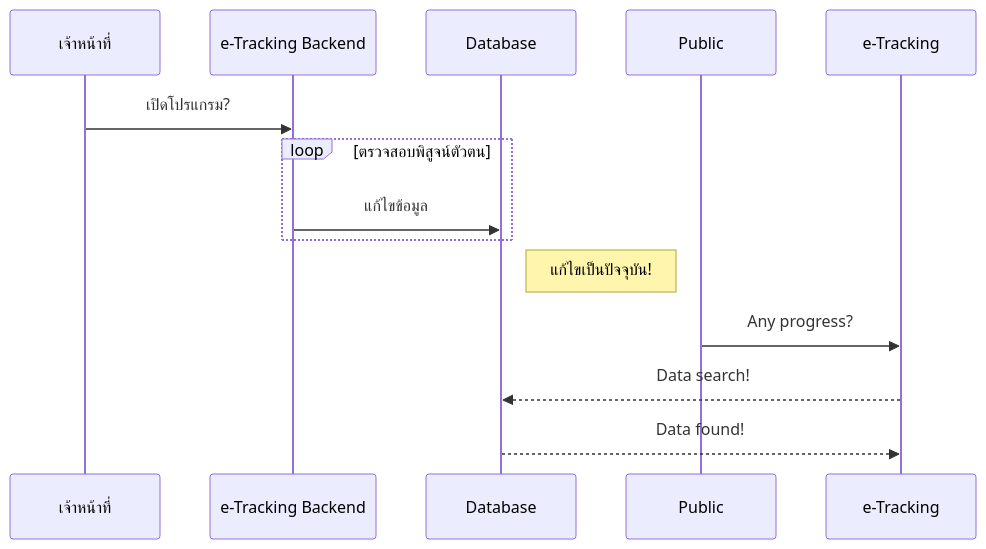
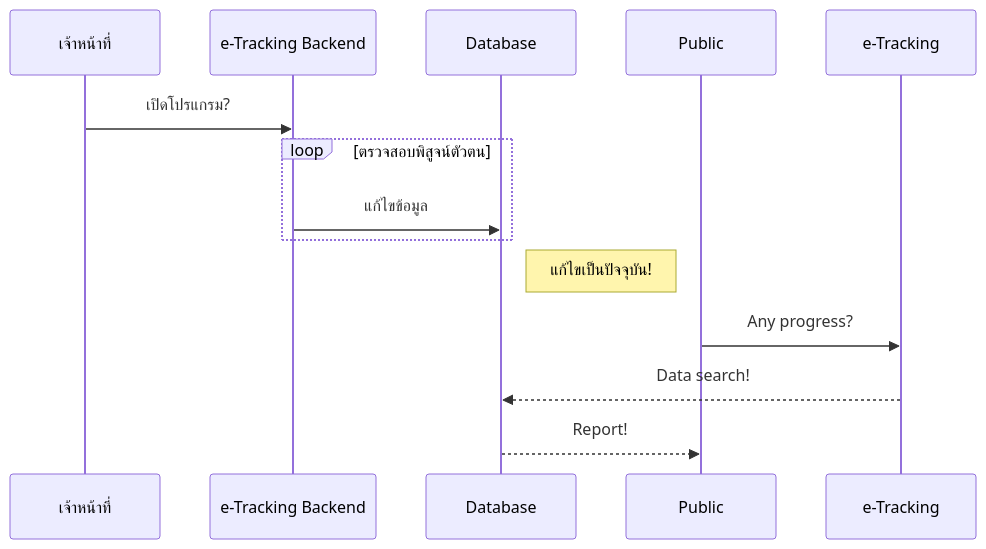
One commit to Kietpawpan/e-tracking changed the second of 2 diagrams in README.md. Above: the diagram before and after it, drawn with Mermaid.

````diff
--- a/README.md
+++ b/README.md
@@ -28,11 +28,11 @@
 ```mermaid
 sequenceDiagram
 เจ้าหน้าที่->>e-Tracking Backend: เปิดโปรแกรม?
 loop ตรวจสอบพิสูจน์ตัวตน
     e-Tracking Backend->>Database: แก้ไขข้อมูล
 end
 Note right of Database: แก้ไขเป็นปัจจุบัน!
 Public->>e-Tracking: Any progress?
 e-Tracking-->>Database: Data search!
-Database-->>e-Tracking: Data found!
+Database-->>Public: Report!
 ```
````
